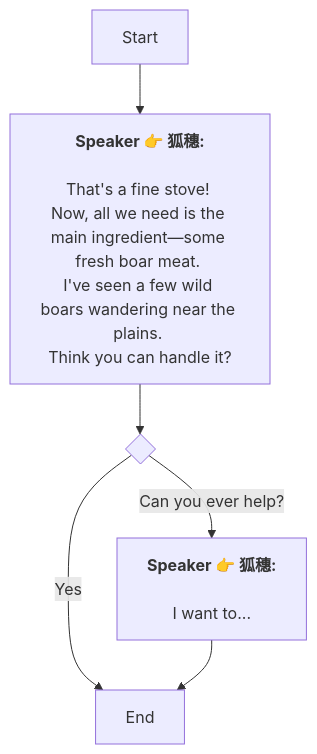
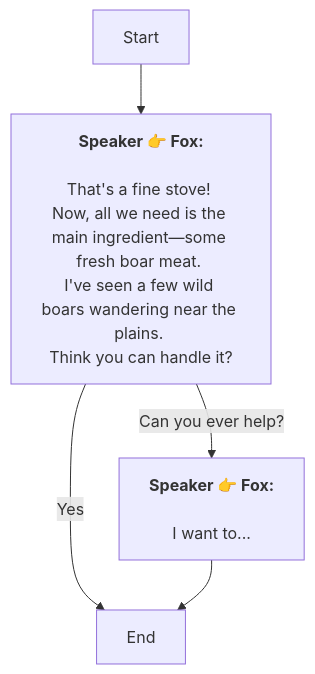
The diagram in Zh/QuestStartTalkENode_1768893216400430.md (SoftHu/tos_avg), drawn with Mermaid before and after one commit. The commit also changed 737 other files, not shown here.

````diff
--- a/Zh/QuestStartTalkENode_1768893216400430.md
+++ b/Zh/QuestStartTalkENode_1768893216400430.md
@@ -1,16 +1,12 @@
 ```mermaid
 graph
-Start -->1768893252997169[<b>Speaker 👉 狐穗:</b>
-
-That's a fine stove! 
-Now, all we need is the main ingredient—some fresh boar meat. 
-I've seen a few wild boars wandering near the plains. 
+Start -->1768893252997169[<b>Speaker 👉 Fox:</b>
+\nThat's a fine stove! 
+Now, all we need is the main ingredient—some fresh boar meat. \nI've seen a few wild boars wandering near the plains. 
 Think you can handle it?]
-1768893252997169 -->1768893293350962{ }
-1768893293350962 -->|Can you ever help?|1768893303806007[<b>Speaker 👉 狐穗:</b>
-
-I want to...]
-1768893293350962 -->|Yes|1768893307619384[End]
+1768893252997169 -->|Can you ever help?|1768893303806007[<b>Speaker 👉 Fox:</b>
+\nI want to...]
+1768893252997169 -->|Yes|1768893307619384[End]
 1768893303806007 -->1768893307619384[End]
 
- ```
+```
````
